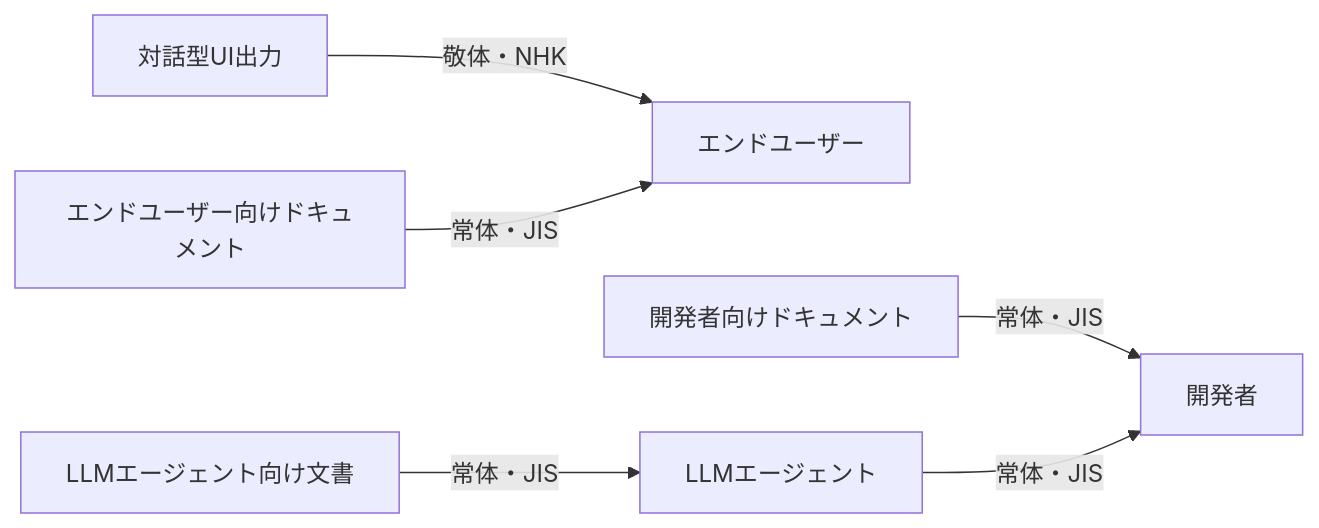
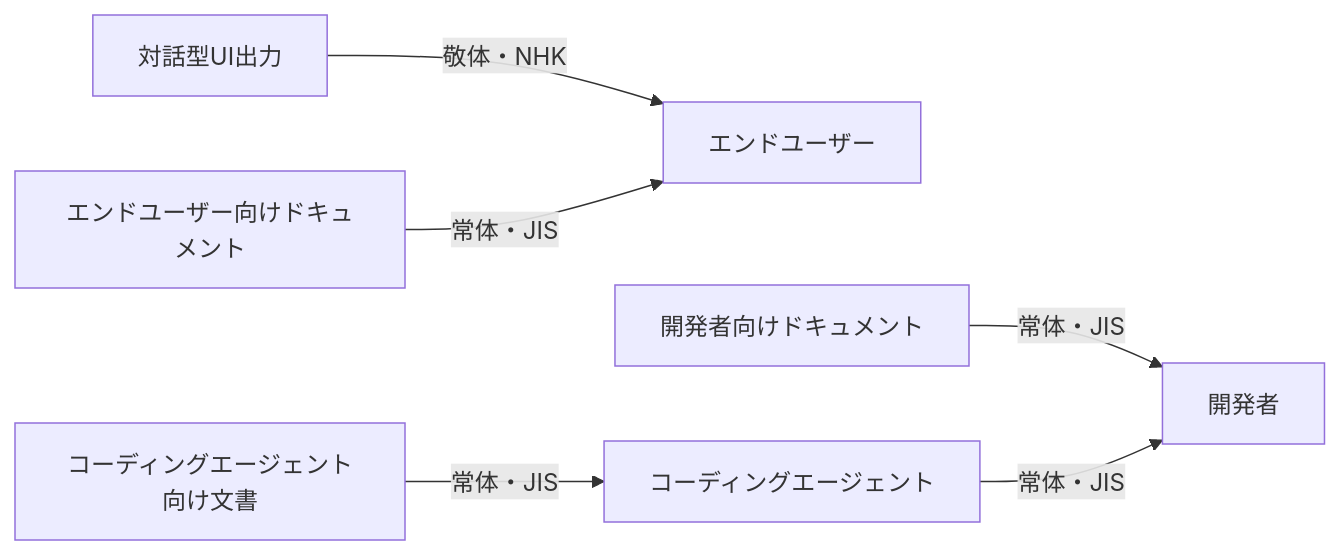
Before and after one commit to ak110/dotfiles: the diagram in agent-toolkit/rules/styles.md, drawn with Mermaid. The commit also changed other lines of this file and 19 other files, not shown here.

````diff
--- a/agent-toolkit/rules/styles.md
+++ b/agent-toolkit/rules/styles.md
@@ -49,8 +49,8 @@
 ```mermaid
 flowchart LR
     UI[対話型UI出力] -->|敬体・NHK| EU[エンドユーザー]
     UDoc[エンドユーザー向けドキュメント] -->|常体・JIS| EU
     DDoc[開発者向けドキュメント] -->|常体・JIS| Dev[開発者]
-    ADoc[LLMエージェント向け文書] -->|常体・JIS| Agent[LLMエージェント]
+    ADoc[コーディングエージェント向け文書] -->|常体・JIS| Agent[コーディングエージェント]
     Agent -->|常体・JIS| Dev
 ```
````
